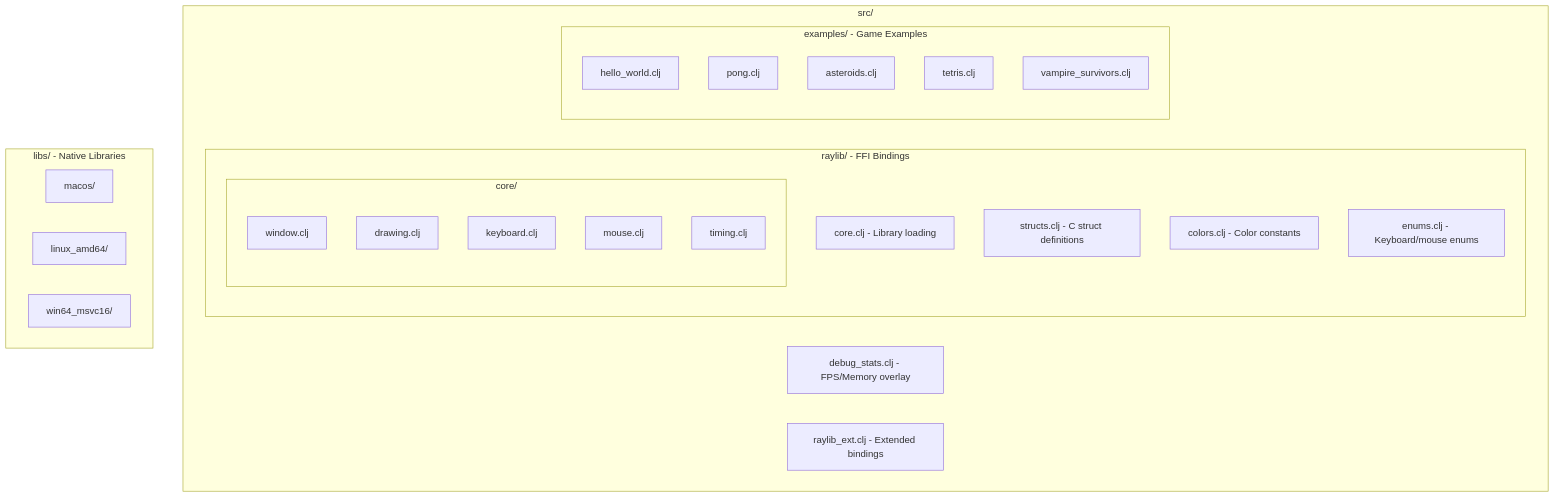
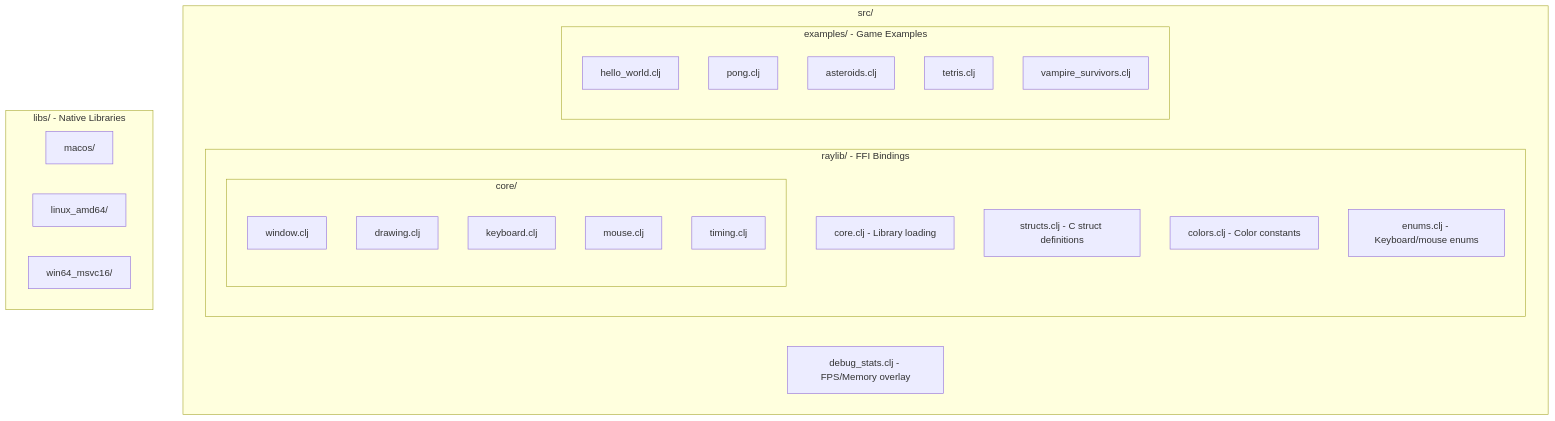
The third of 3 diagrams in docs/guide/architecture.md (burinc/b12n-raylib-clj), drawn with Mermaid before and after one commit. The commit also changed other lines of this file and 41 other files, not shown here.

````diff
--- a/docs/guide/architecture.md
+++ b/docs/guide/architecture.md
@@ -96,36 +95,35 @@
 ```mermaid
 flowchart TB
     subgraph src["src/"]
         subgraph raylib["raylib/ - FFI Bindings"]
             core["core.clj - Library loading"]
             structs["structs.clj - C struct definitions"]
             colors["colors.clj - Color constants"]
             enums["enums.clj - Keyboard/mouse enums"]
             
             subgraph coremod["core/"]
                 window["window.clj"]
                 drawing["drawing.clj"]
                 keyboard["keyboard.clj"]
                 mouse["mouse.clj"]
                 timing["timing.clj"]
             end
         end
         
         subgraph examples["examples/ - Game Examples"]
             hello["hello_world.clj"]
             pongex["pong.clj"]
             astex["asteroids.clj"]
             tetex["tetris.clj"]
             vampex["vampire_survivors.clj"]
         end
         
         debug["debug_stats.clj - FPS/Memory overlay"]
-        raylibext["raylib_ext.clj - Extended bindings"]
     end
     
     subgraph libs["libs/ - Native Libraries"]
         macos["macos/"]
         linux["linux_amd64/"]
         win["win64_msvc16/"]
     end
 ```
````
